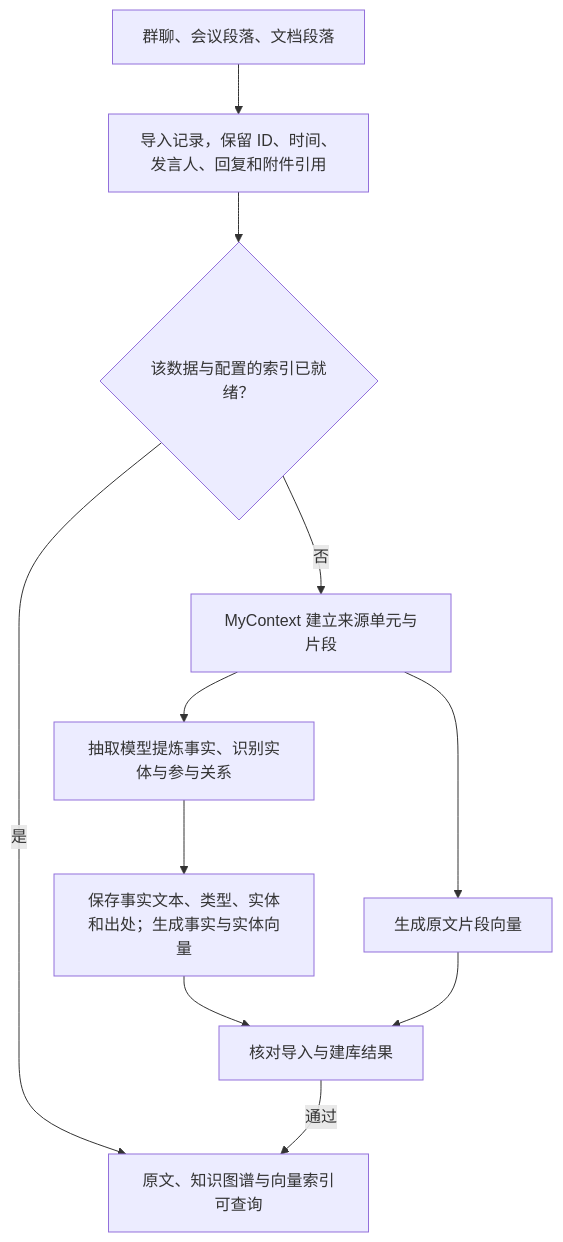
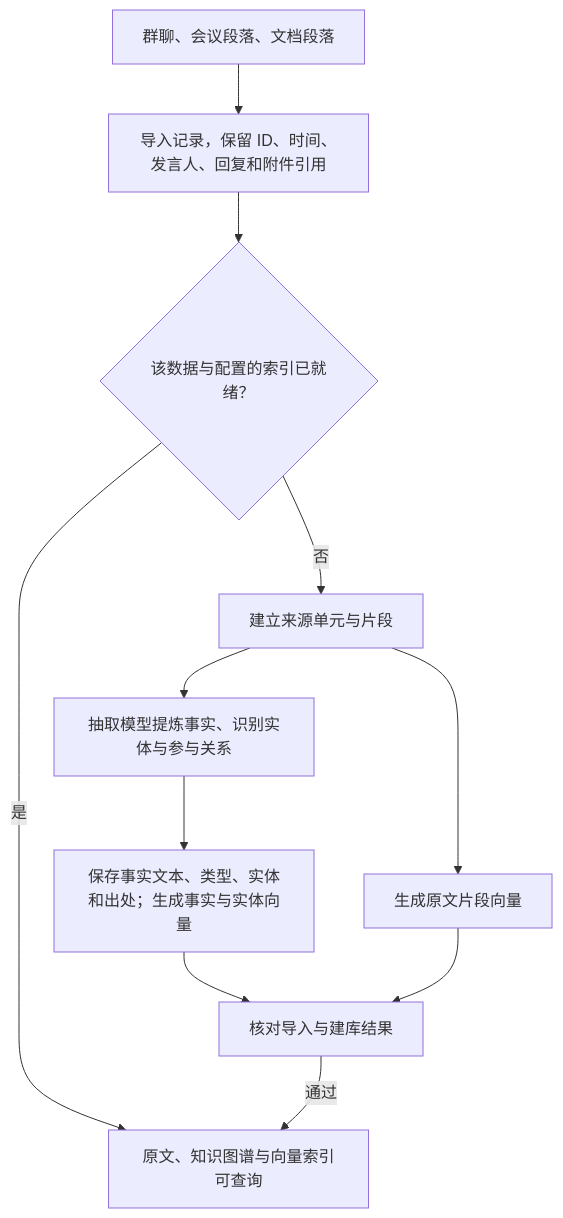
One commit to jjcylinder/mycontext changed the first of 8 diagrams in MyContext增强.md. Above: the diagram before and after it, drawn with Mermaid.

````diff
--- a/MyContext增强.md
+++ b/MyContext增强.md
@@ -87,13 +87,13 @@
 ```mermaid
 flowchart TD
     A["群聊、会议段落、文档段落"] --> B["导入记录，保留 ID、时间、发言人、回复和附件引用"]
     B --> C{"该数据与配置的索引已就绪？"}
     C -->|是| H["原文、知识图谱与向量索引可查询"]
-    C -->|否| D["MyContext 建立来源单元与片段"]
+    C -->|否| D["建立来源单元与片段"]
     D --> E["抽取模型提炼事实、识别实体与参与关系"]
     D --> F["生成原文片段向量"]
     E --> G["保存事实文本、类型、实体和出处；生成事实与实体向量"]
     G --> I["核对导入与建库结果"]
     F --> I
     I -->|通过| H
 ```
````
